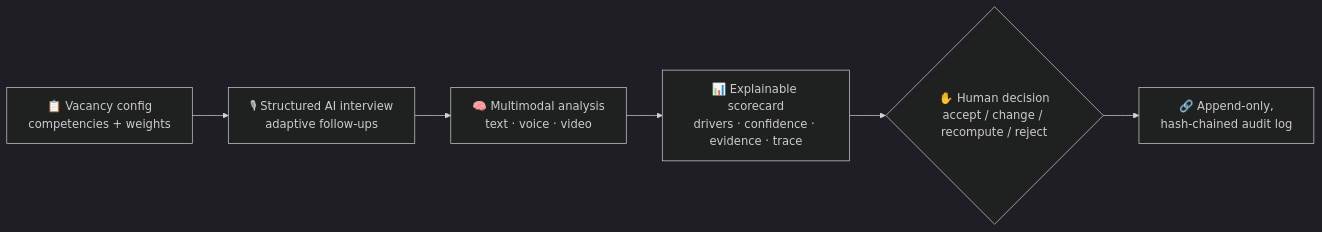
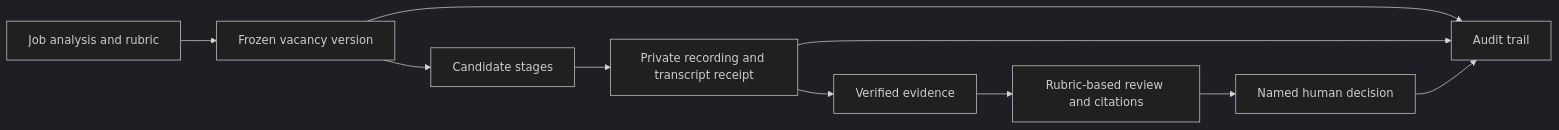
The diagram in README.md (pip00sya/whitebox-ai), drawn with Mermaid (dark theme) before and after one commit. The commit also changed other lines of this file and 227 other files, not shown here.

````diff
--- a/README.md
+++ b/README.md
@@ -74,8 +52,12 @@
-```mermaid
+~~~mermaid
 flowchart LR
-    A[📋 Vacancy config<br/>competencies + weights] --> B[🎙 Structured AI interview<br/>adaptive follow-ups]
-    B --> C[🧠 Multimodal analysis<br/>text · voice · video]
-    C --> D[📊 Explainable scorecard<br/>drivers · confidence · evidence · trace]
-    D --> E{✋ Human decision<br/>accept / change / recompute / reject}
-    E --> F[🔗 Append-only,<br/>hash-chained audit log]
-```
+ A[Job analysis and rubric] --> B[Frozen vacancy version]
+ B --> C[Candidate stages]
+ C --> D[Private recording and transcript receipt]
+ D --> E[Verified evidence]
+ E --> F[Rubric-based review and citations]
+ F --> G[Named human decision]
+ B --> H[Audit trail]
+ D --> H
+ G --> H
+~~~
````
